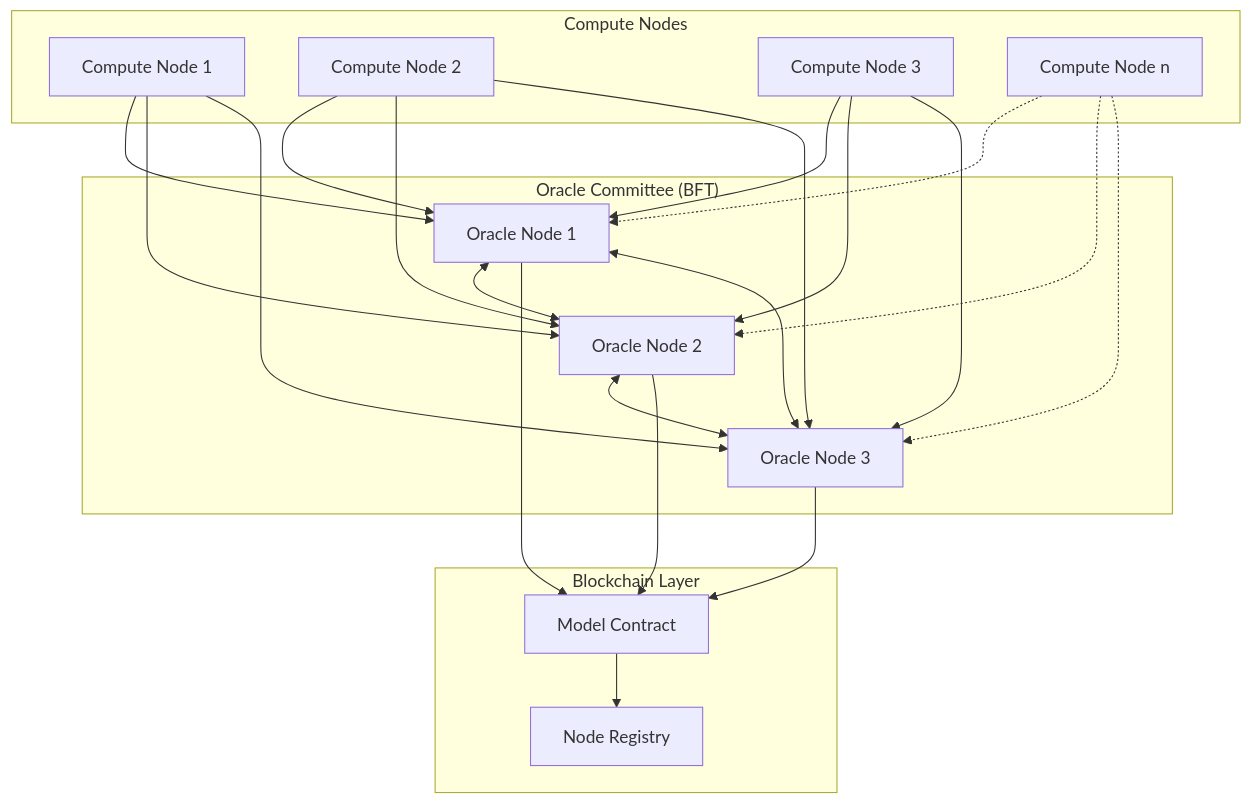
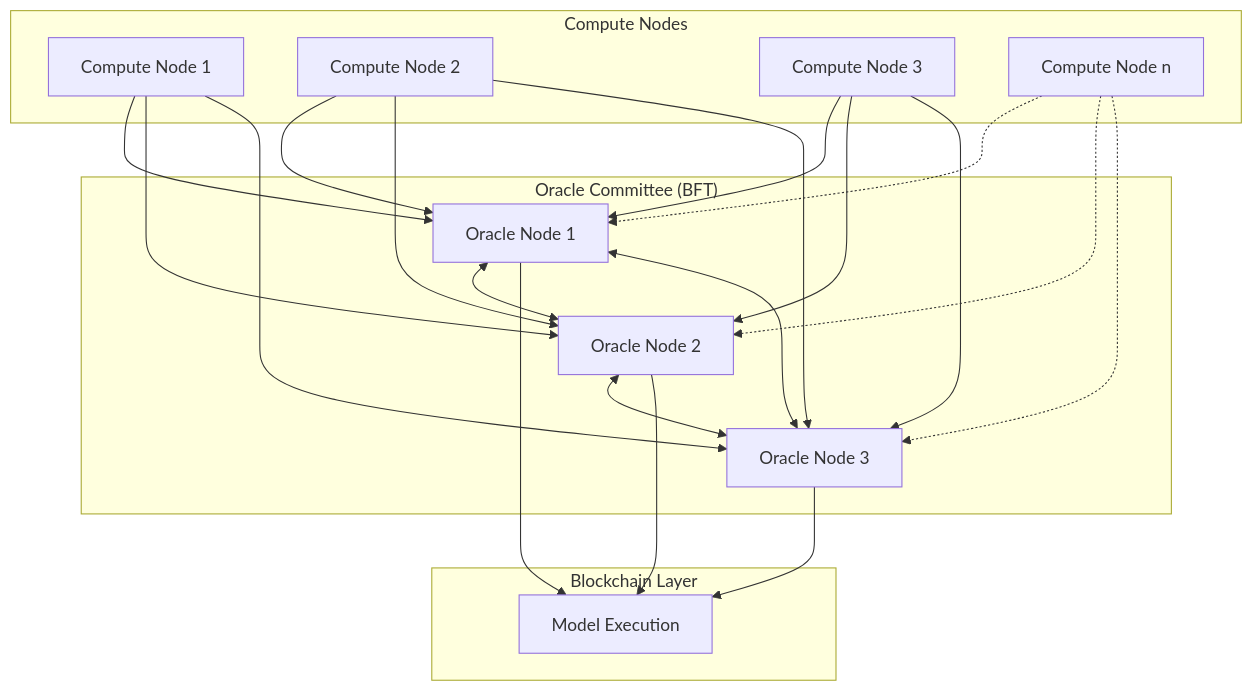
One commit to ToxicPine/planning-win changed the first of 7 diagrams in concrete_plans/heartbeat_oracle/index.md. Above: the diagram before and after it, drawn with Mermaid. The commit also changed other lines of this file and 5 other files, not shown here.

````diff
--- a/concrete_plans/heartbeat_oracle/index.md
+++ b/concrete_plans/heartbeat_oracle/index.md
@@ -15,46 +15,43 @@
 ```mermaid
 graph TD
     subgraph "Blockchain Layer"
-        MC[Model Contract]
-        NR[Node Registry]
+        ME[Model Execution]
     end
 
     subgraph "Oracle Committee (BFT)"
         O1[Oracle Node 1]
         O2[Oracle Node 2]
         O3[Oracle Node 3]
 
         O1 <--> O2
         O2 <--> O3
         O3 <--> O1
     end
 
     subgraph "Compute Nodes"
         CN1[Compute Node 1]
         CN2[Compute Node 2]
         CN3[Compute Node 3]
         CNn[Compute Node n]
     end
 
     CN1 --> O1
     CN1 --> O2
     CN1 --> O3
 
     CN2 --> O1
     CN2 --> O2
     CN2 --> O3
 
     CN3 --> O1
     CN3 --> O2
     CN3 --> O3
 
     CNn -.-> O1
     CNn -.-> O2
     CNn -.-> O3
 
-    O1 --> MC
-    O2 --> MC
-    O3 --> MC
-
-    MC --> NR
+    O1 --> ME
+    O2 --> ME
+    O3 --> ME
 ```
````
